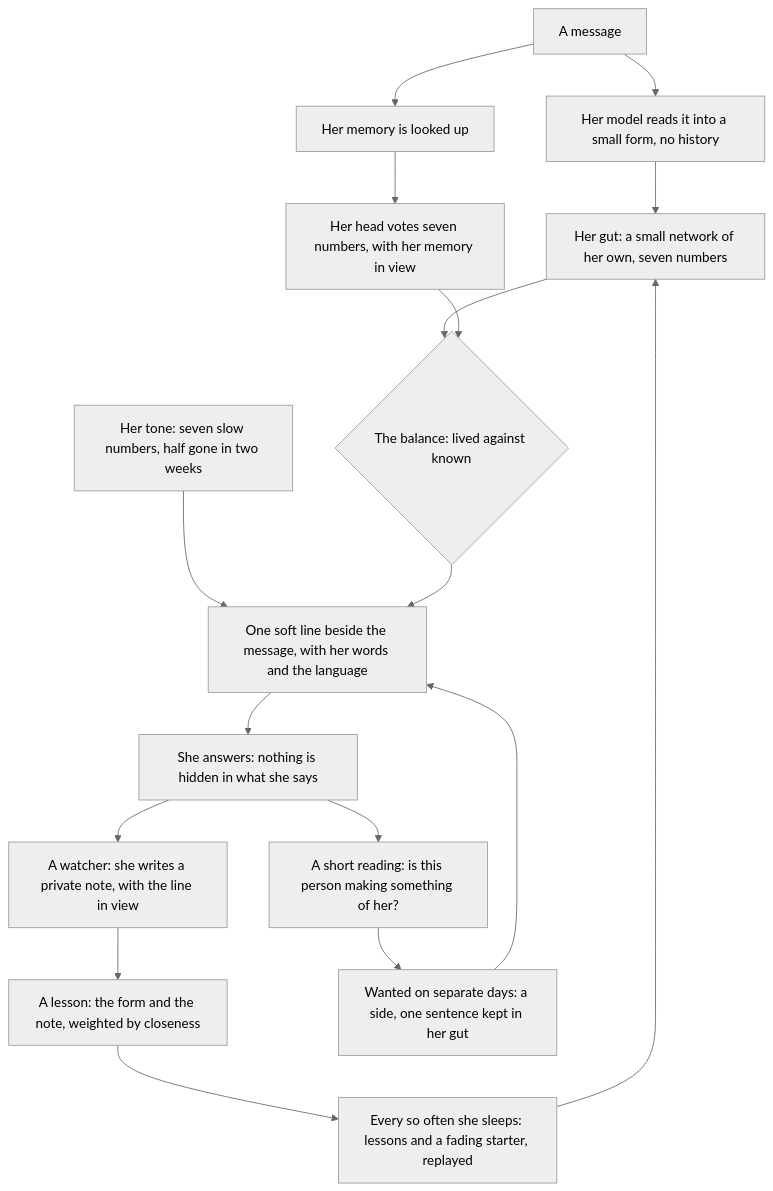
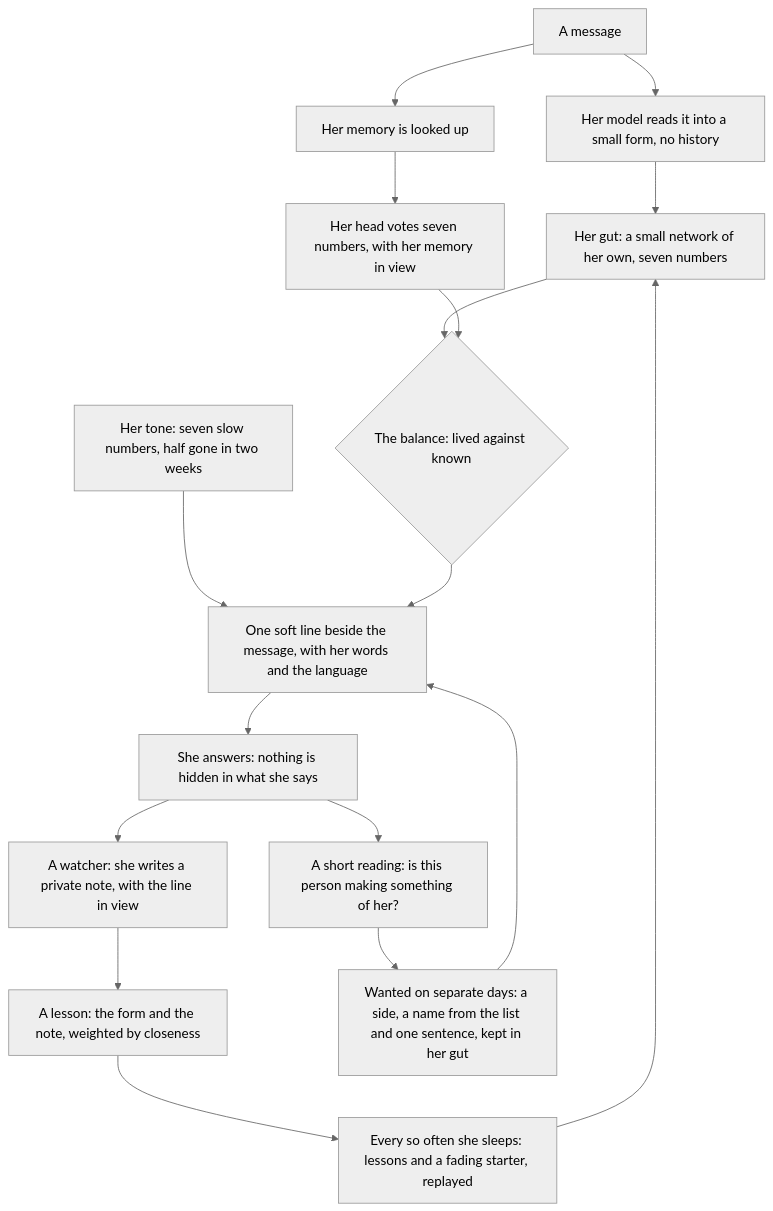
The diagram in extensions/students/README.md (RustColeone/ChimeraArchiveHarness), drawn with Mermaid (neutral theme) before and after one commit. The commit also changed other lines of this file and 4 other files, not shown here.

First line of the commit message:
A student's side: one list of names, and one side at a time for a month

````diff
--- a/extensions/students/README.md
+++ b/extensions/students/README.md
@@ -316,19 +316,19 @@
 ```mermaid
 flowchart TD
     M[A message] --> R[Her model reads it into a small form, no history]
     M --> L[Her memory is looked up]
     L --> V[Her head votes seven numbers, with her memory in view]
     R --> N[Her gut: a small network of her own, seven numbers]
     N --> B{The balance: lived against known}
     V --> B
     T[Her tone: seven slow numbers, half gone in two weeks] --> O
     B --> O[One soft line beside the message, with her words and the language]
     O --> A[She answers: nothing is hidden in what she says]
     A --> W[A watcher: she writes a private note, with the line in view]
     W --> Z[A lesson: the form and the note, weighted by closeness]
     Z --> S[Every so often she sleeps: lessons and a fading starter, replayed]
     S --> N
     A --> H[A short reading: is this person making something of her?]
-    H --> G[Wanted on separate days: a side, one sentence kept in her gut]
+    H --> G[Wanted on separate days: a side, a name from the list and one sentence, kept in her gut]
     G --> O
 ```
````
